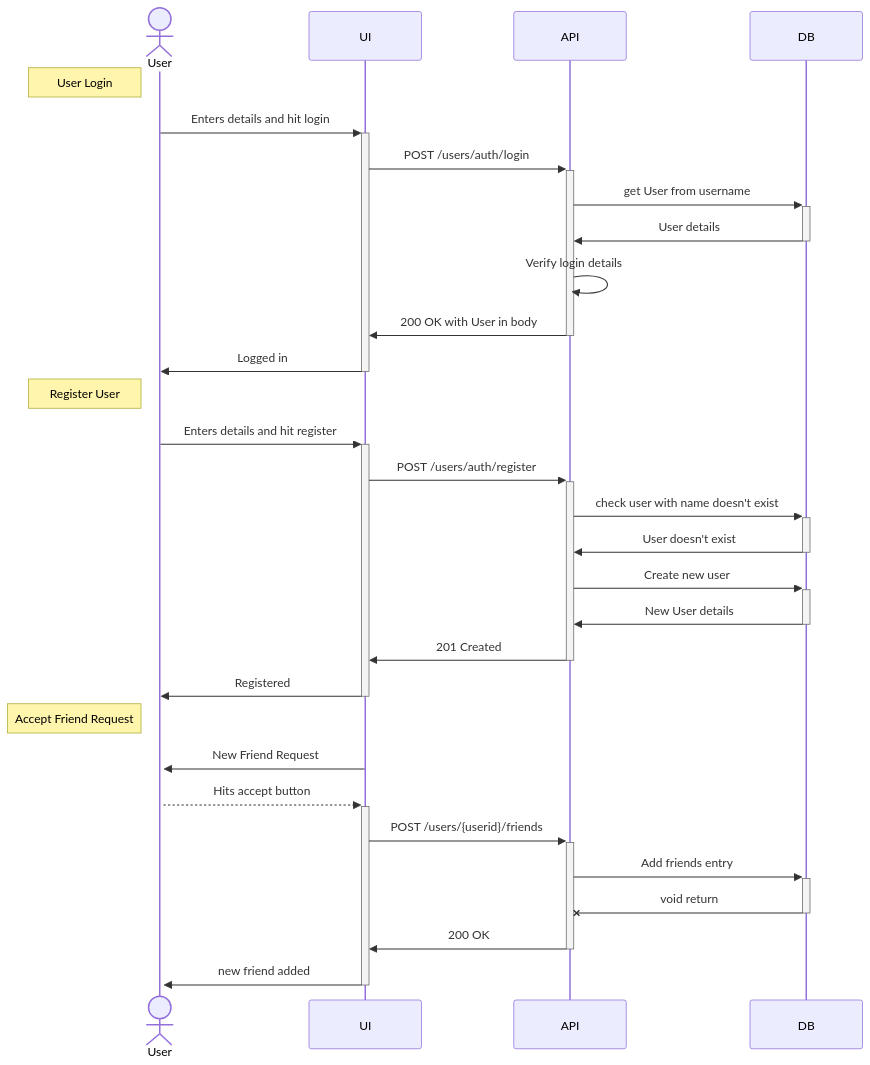
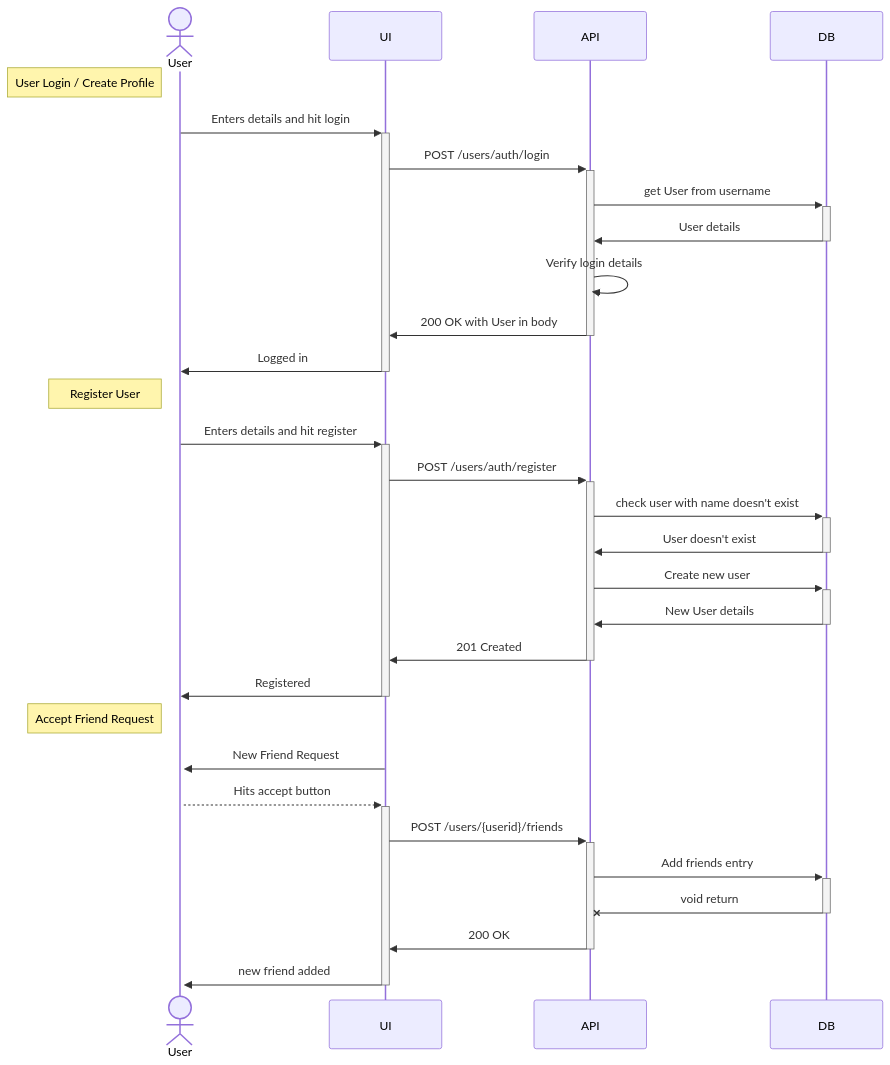
The first of 3 diagrams in Documents/SequenceDiagrams/UserProfiles.md (InternetEnemies/CombatCritters), drawn with Mermaid before and after one commit. The commit also changed other lines of this file, not shown here.

````diff
--- a/Documents/SequenceDiagrams/UserProfiles.md
+++ b/Documents/SequenceDiagrams/UserProfiles.md
@@ -2,35 +2,35 @@
 ```mermaid
 sequenceDiagram
 actor User
 participant UI
 participant API 
 participant DB
 
-note left of User: User Login
+note left of User: User Login / Create Profile
     User->>+UI: Enters details and hit login
     UI->>+API: POST /users/auth/login
     API->>+DB: get User from username
     DB->>-API: User details
     API->>API: Verify login details
     API->>-UI: 200 OK with User in body
     UI->>-User: Logged in
 
 note left of User: Register User
     User->>+UI: Enters details and hit register
     UI->>+API: POST /users/auth/register
     API->>+DB: check user with name doesn't exist
     DB->>-API: User doesn't exist
     API->>+DB: Create new user
     DB->>-API: New User details
     API->>-UI: 201 Created
     UI->>-User: Registered
     
 note left of User: Accept Friend Request
     UI->>+User: New Friend Request
     User-->>+UI: Hits accept button
     UI->>+API: POST /users/{userid}/friends
     API->>+DB: Add friends entry
     DB-x-API: void return
     API->>-UI: 200 OK
     UI->>-User: new friend added
 ```
````
